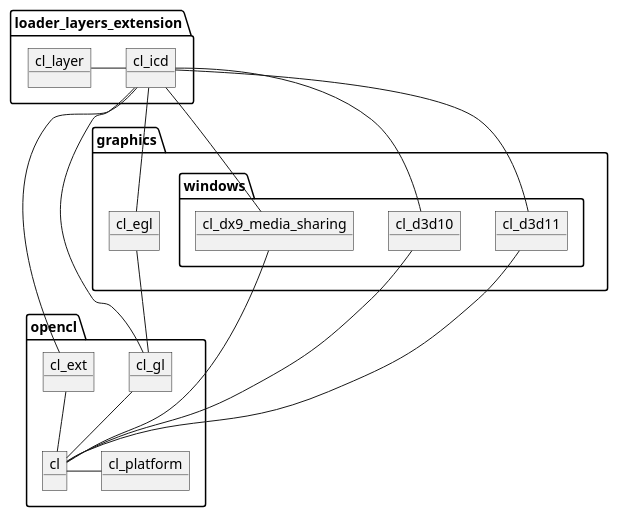
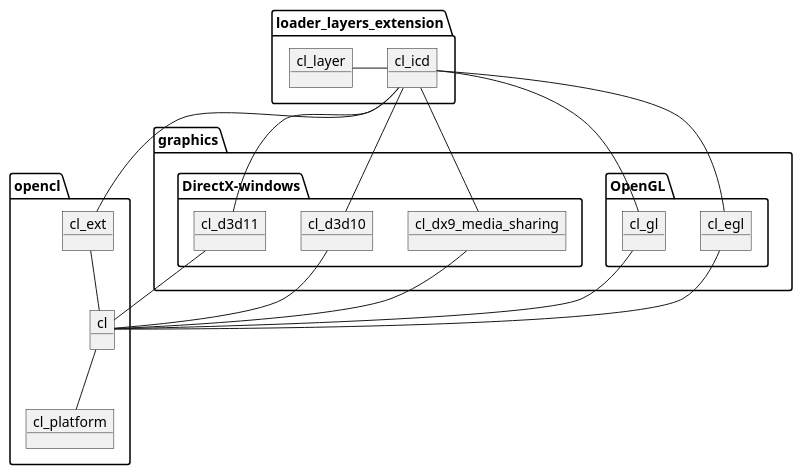
One commit to kenba/opencl-sys-rs changed the diagram in docs/uml/opencl_context_objects.puml. Above: the diagram before and after it, drawn with PlantUML. The commit also changed 3 other files, not shown here.

```diff
--- a/docs/uml/opencl_context_objects.puml
+++ b/docs/uml/opencl_context_objects.puml
@@ -1,46 +1,51 @@
 @startuml
 'Copyright (c) 2023 Via Technology Ltd. All Rights Reserved.
 
 'title OpenCL packages
 
 package opencl {
     object cl_platform
     object cl
     object cl_ext
-    object cl_gl
 
-    cl_gl -- cl
     cl_ext -- cl
-    cl - cl_platform
+    cl -- cl_platform
 }
 
 package graphics {
-    object cl_egl
 
-    cl_egl -- cl_gl
+    package OpenGL {
+        object cl_egl
+        object cl_gl
+    }
 
-    package windows {
+    package DirectX-windows {
         object cl_dx9_media_sharing
         object cl_d3d10
         object cl_d3d11
     }
 
     cl_dx9_media_sharing -- cl
     cl_d3d10 -- cl
     cl_d3d11 -- cl
 }
+
+cl_gl -- cl
+cl_egl -- cl
 
 package loader_layers_extension {
     object cl_icd
     object cl_layer
 
     cl_layer - cl_icd
     cl_icd -- cl_ext
 
     cl_icd -- cl_egl
     cl_icd -- cl_gl
     cl_icd -- cl_dx9_media_sharing
     cl_icd -- cl_d3d10
     cl_icd -- cl_d3d11
 }
+
+
 @enduml
```
